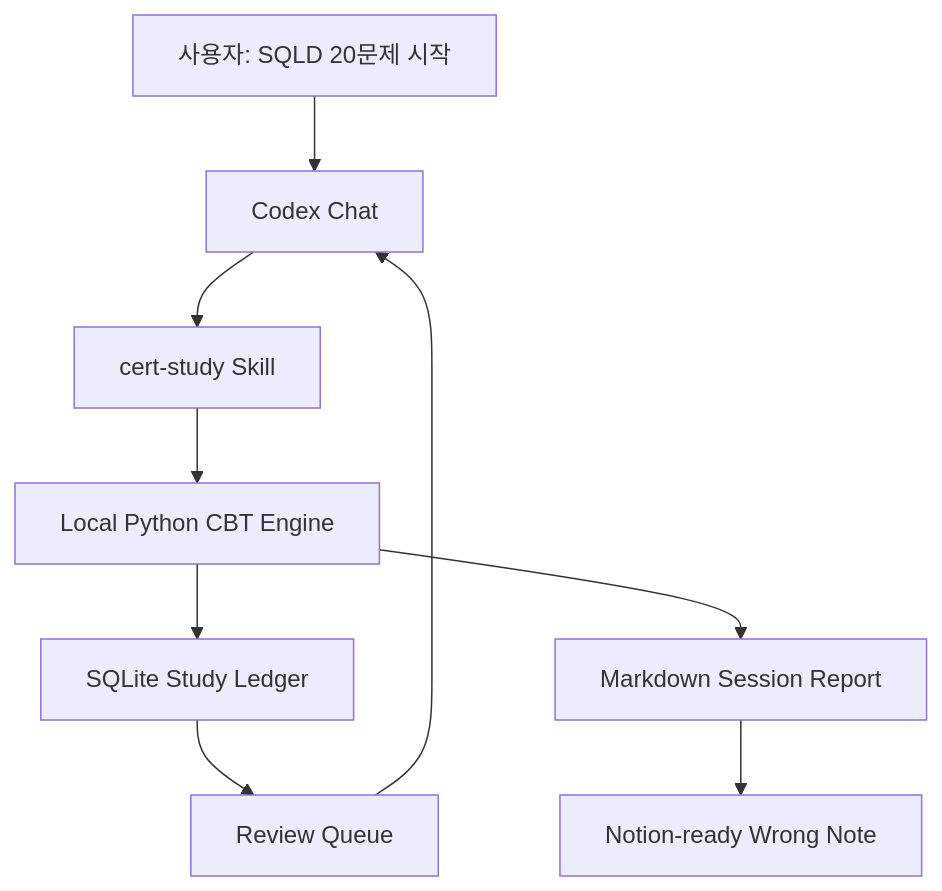
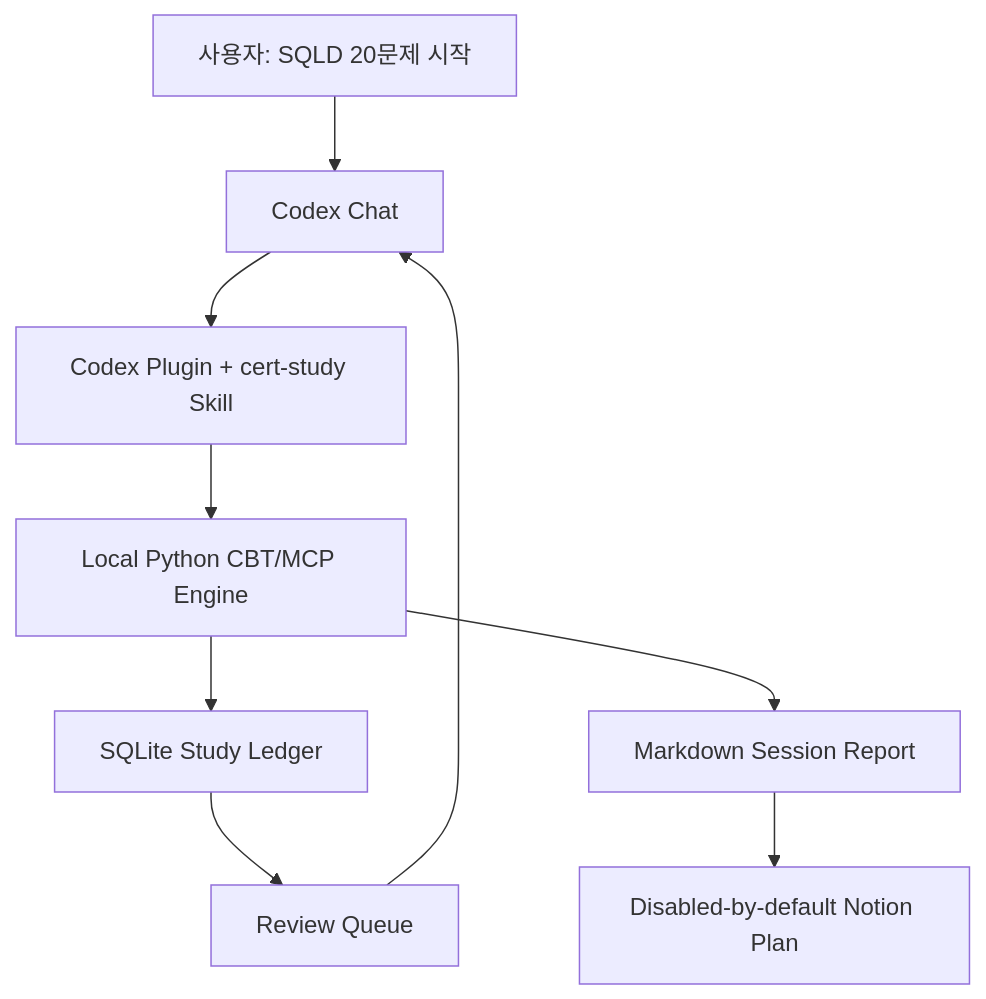
Before and after one commit to Merchantlee99/codex_learningsystem: the first of 3 diagrams in README.md, drawn with Mermaid. The commit also changed other lines of this file and 14 other files, not shown here.

Commit message:
Package learning system as Codex plugin

````diff
--- a/README.md
+++ b/README.md
@@ -28,11 +28,11 @@
 ```mermaid
 flowchart TD
   A["사용자: SQLD 20문제 시작"] --> B["Codex Chat"]
-  B --> C["cert-study Skill"]
-  C --> D["Local Python CBT Engine"]
+  B --> C["Codex Plugin + cert-study Skill"]
+  C --> D["Local Python CBT/MCP Engine"]
   D --> E["SQLite Study Ledger"]
   D --> F["Markdown Session Report"]
-  F --> G["Notion-ready Wrong Note"]
+  F --> G["Disabled-by-default Notion Plan"]
   E --> H["Review Queue"]
   H --> B
 ```
````
